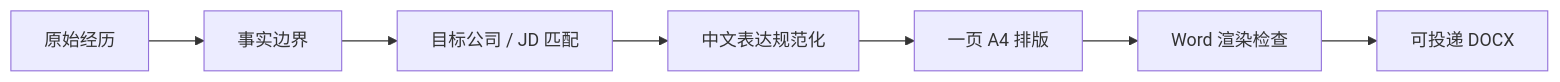
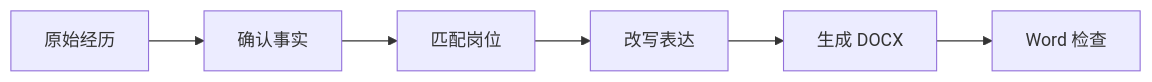
The diagram in README.md (hao0401/beautiful-chinese-resume), drawn with Mermaid before and after one commit. The commit also changed other lines of this file, not shown here.

````diff
--- a/README.md
+++ b/README.md
@@ -83,9 +101,8 @@
 ```mermaid
 flowchart LR
-  A["原始经历"] --> B["事实边界"]
-  B --> C["目标公司 / JD 匹配"]
-  C --> D["中文表达规范化"]
-  D --> E["一页 A4 排版"]
-  E --> F["Word 渲染检查"]
-  F --> G["可投递 DOCX"]
+  A["原始经历"] --> B["确认事实"]
+  B --> C["匹配岗位"]
+  C --> D["改写表达"]
+  D --> E["生成 DOCX"]
+  E --> F["Word 检查"]
 ```
````
